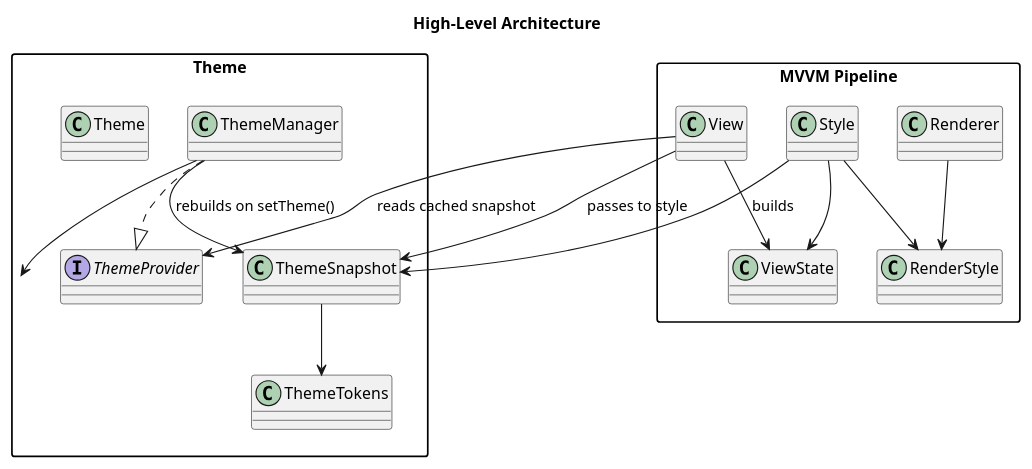
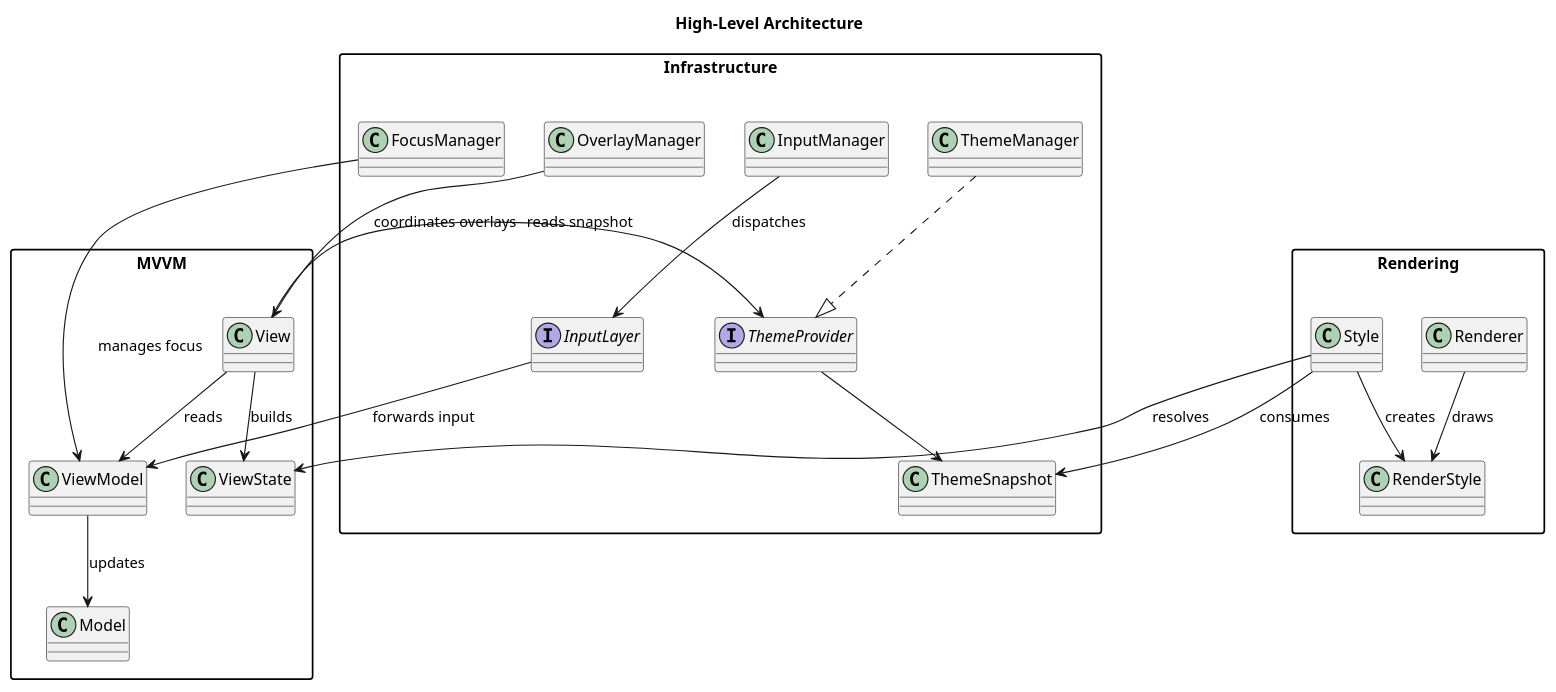
The diagram in docs/uml/architecture.puml (cdpoloz/cpz-mvvm-processing-controls), drawn with PlantUML before and after one commit. The commit also changed 184 other files, not shown here.

```diff
--- a/docs/uml/architecture.puml
+++ b/docs/uml/architecture.puml
@@ -1,33 +1,45 @@
 @startuml
 title High-Level Architecture
 skinparam packageStyle rectangle
 skinparam shadowing false
 
-package "Theme" {
-  interface ThemeProvider
-  class ThemeManager
-  class Theme
-  class ThemeSnapshot
-  class ThemeTokens
+package "MVVM" {
+  class Model
+  class ViewModel
+  class View
+  class ViewState
 }
 
-package "MVVM Pipeline" {
-  class View
-  class ViewState
+package "Rendering" {
   class Style
   class RenderStyle
   class Renderer
 }
 
+package "Infrastructure" {
+  interface ThemeProvider
+  class ThemeManager
+  class ThemeSnapshot
+  class InputManager
+  interface InputLayer
+  class FocusManager
+  class OverlayManager
+}
+
 ThemeManager ..|> ThemeProvider
-ThemeManager --> Theme
-ThemeManager --> ThemeSnapshot : rebuilds on setTheme()
-ThemeSnapshot --> ThemeTokens
-View --> ThemeProvider : reads cached snapshot
+ThemeProvider --> ThemeSnapshot
+
+ViewModel --> Model : updates
+View --> ViewModel : reads
 View --> ViewState : builds
-View --> ThemeSnapshot : passes to style
-Style --> ViewState
-Style --> ThemeSnapshot
-Style --> RenderStyle
-Renderer --> RenderStyle
+View --> ThemeProvider : reads snapshot
+Style --> ViewState : resolves
+Style --> ThemeSnapshot : consumes
+Style --> RenderStyle : creates
+Renderer --> RenderStyle : draws
+
+InputManager --> InputLayer : dispatches
+InputLayer --> ViewModel : forwards input
+FocusManager --> ViewModel : manages focus
+OverlayManager --> View : coordinates overlays
 @enduml
```
